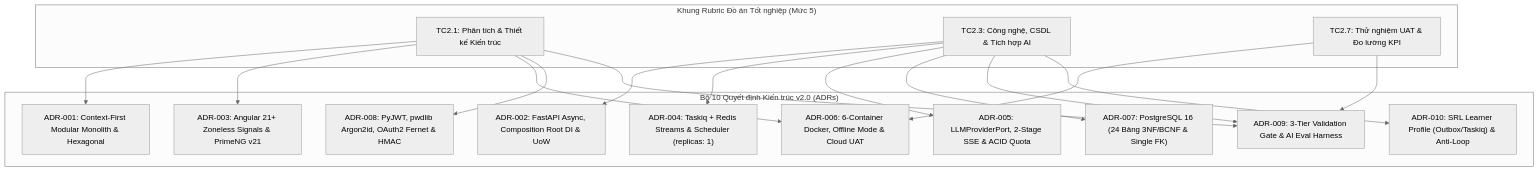
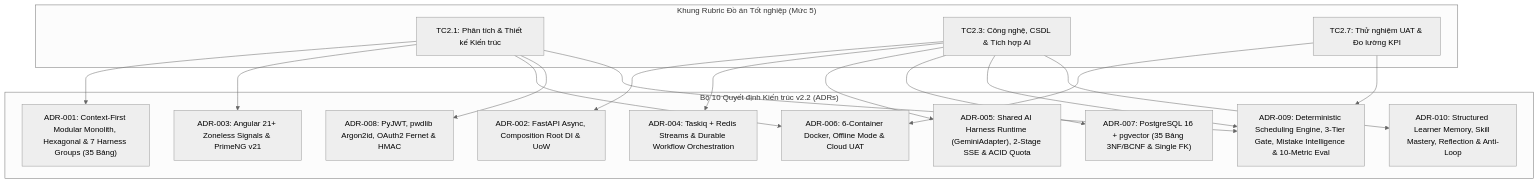
The first of 2 diagrams in docs/decisions/README.md (Coffat/FocusFlow), drawn with Mermaid (neutral theme) before and after one commit. The commit also changed other lines of this file and 15 other files, not shown here.

Commit message:
docs(architecture): update system architecture, C4 components, AI harness, and ADR records

````diff
--- a/docs/decisions/README.md
+++ b/docs/decisions/README.md
@@ -44,35 +44,35 @@
 ```mermaid
 flowchart TD
     subgraph Rubric["Khung Rubric Đồ án Tốt nghiệp (Mức 5)"]
         TC21["TC2.1: Phân tích & Thiết kế Kiến trúc"]
         TC23["TC2.3: Công nghệ, CSDL & Tích hợp AI"]
         TC27["TC2.7: Thử nghiệm UAT & Đo lường KPI"]
     end
 
-    subgraph ADRs["Bộ 10 Quyết định Kiến trúc v2.0 (ADRs)"]
-        A1["ADR-001: Context-First Modular Monolith & Hexagonal"]
+    subgraph ADRs["Bộ 10 Quyết định Kiến trúc v2.2 (ADRs)"]
+        A1["ADR-001: Context-First Modular Monolith, Hexagonal & 7 Harness Groups (35 Bảng)"]
         A2["ADR-002: FastAPI Async, Composition Root DI & UoW"]
         A3["ADR-003: Angular 21+ Zoneless Signals & PrimeNG v21"]
-        A4["ADR-004: Taskiq + Redis Streams & Scheduler (replicas: 1)"]
-        A5["ADR-005: LLMProviderPort, 2-Stage SSE & ACID Quota"]
+        A4["ADR-004: Taskiq + Redis Streams & Durable Workflow Orchestration"]
+        A5["ADR-005: Shared AI Harness Runtime (GeminiAdapter), 2-Stage SSE & ACID Quota"]
         A6["ADR-006: 6-Container Docker, Offline Mode & Cloud UAT"]
-        A7["ADR-007: PostgreSQL 16 (24 Bảng 3NF/BCNF & Single FK)"]
+        A7["ADR-007: PostgreSQL 16 + pgvector (35 Bảng 3NF/BCNF & Single FK)"]
         A8["ADR-008: PyJWT, pwdlib Argon2id, OAuth2 Fernet & HMAC"]
-        A9["ADR-009: 3-Tier Validation Gate & AI Eval Harness"]
-        A10["ADR-010: SRL Learner Profile (Outbox/Taskiq) & Anti-Loop"]
+        A9["ADR-009: Deterministic Scheduling Engine, 3-Tier Gate, Mistake Intelligence & 10-Metric Eval"]
+        A10["ADR-010: Structured Learner Memory, Skill Mastery, Reflection & Anti-Loop"]
     end
 
     TC21 --> A1
     TC21 --> A3
     TC21 --> A6
     TC21 --> A8
     TC21 --> A9
     TC23 --> A2
     TC23 --> A4
     TC23 --> A5
     TC23 --> A7
     TC23 --> A9
     TC23 --> A10
     TC27 --> A6
     TC27 --> A9
 ```
````
